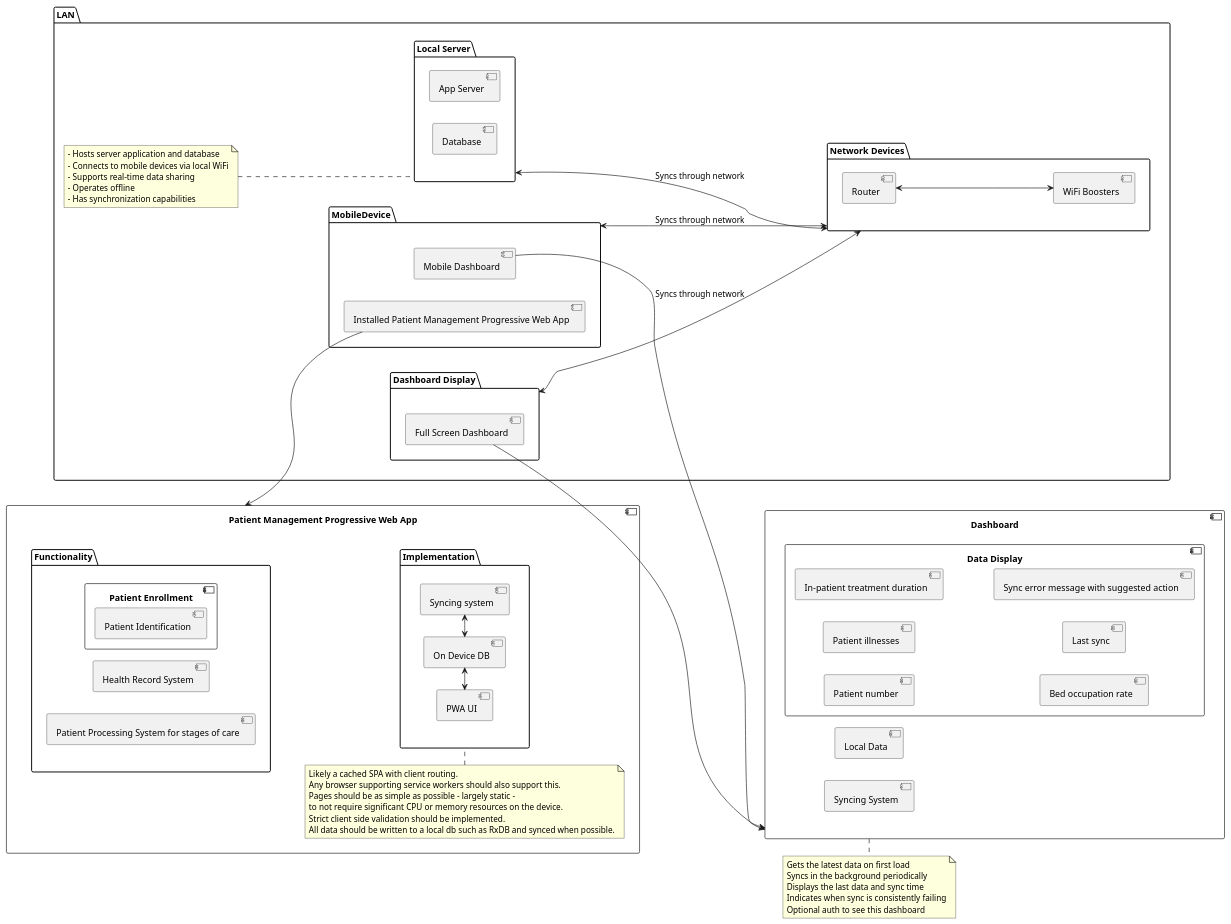
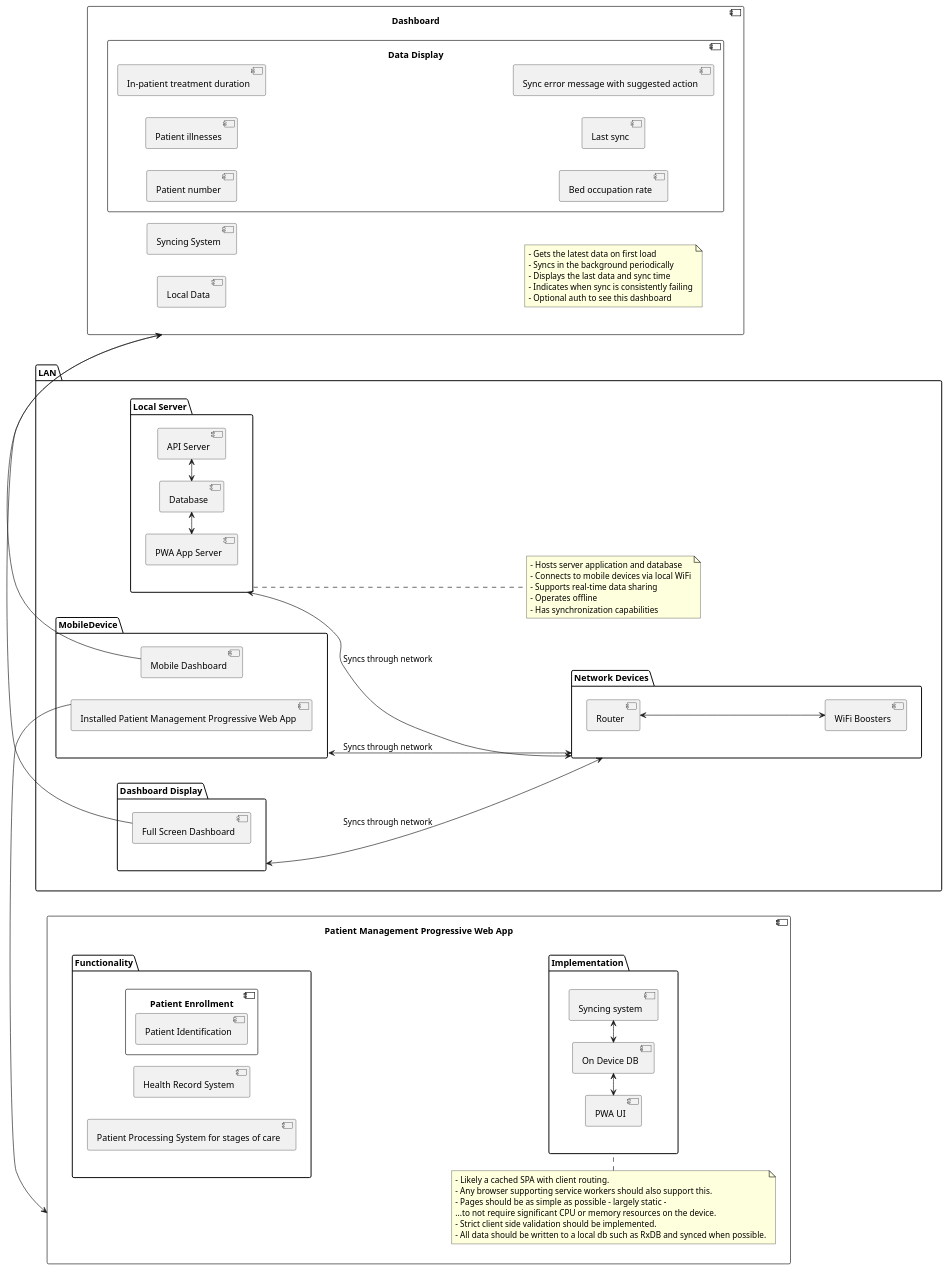
The diagram in puml/constraint-solutions.puml (jcbashdown/case-study), drawn with PlantUML before and after one commit. The commit also changed 1 other file, not shown here.

```diff
--- a/puml/constraint-solutions.puml
+++ b/puml/constraint-solutions.puml
@@ -1,100 +1,103 @@
 @startuml
 left to right direction
 skinparam componentStyle uml2
 skinparam packagestyle uml2 
 
 together {
   component Dashboard {
     component "Local Data"
     component "Syncing System"
     component "Data Display" {
       component "Patient number"
       component "Patient illnesses"
       component "In-patient treatment duration"
       component "Bed occupation rate"
       component "Last sync"
       component "Sync error message with suggested action"
     }
+  note as N
+    - Gets the latest data on first load
+    - Syncs in the background periodically
+    - Displays the last data and sync time
+    - Indicates when sync is consistently failing
+    - Optional auth to see this dashboard
+  end note
   }
-  note bottom of Dashboard 
-    Gets the latest data on first load
-    Syncs in the background periodically
-    Displays the last data and sync time
-    Indicates when sync is consistently failing
-    Optional auth to see this dashboard
-  end note
 }
 together {
   package LAN {
     package "Network Devices" as Network {
       component Router
       component "WiFi Boosters" as WiFiBoosters
     }
     package "Local Server" as LocalServer {
-      component "App Server"
-      component Database
+      component Database as DB
+      component "PWA App Server" as PWAServer
+      component "API Server" as API
     }
     package MobileDevice {
       component "Mobile Dashboard" as MobileDashboard {
       }
       component "Installed Patient Management Progressive Web App" as InstalledPWA {
       }
     }
     package "Dashboard Display" as DashboardDisplay {
       component "Full Screen Dashboard" as FSDashboard {
 
       }
     }
-    note left of LocalServer
+    note right of LocalServer
       - Hosts server application and database
       - Connects to mobile devices via local WiFi
       - Supports real-time data sharing
       - Operates offline
       - Has synchronization capabilities
     end note
   }
 
 }
 
 component "Patient Management Progressive Web App" as PWA {
   package Functionality {
     component "Patient Enrollment" {
       component "Patient Identification"
     }
     component "Health Record System"
     component "Patient Processing System for stages of care"
   }
   package Implementation {
     together {
       component "Syncing system" as SyncingSystem
       component "PWA UI" as UI
       component "On Device DB" as OnDeviceDB
     }
   }
   note top of Implementation 
-            Likely a cached SPA with client routing.
-            Any browser supporting service workers should also support this.
-            Pages should be as simple as possible - largely static - 
-            to not require significant CPU or memory resources on the device.
-            Strict client side validation should be implemented.
-            All data should be written to a local db such as RxDB and synced when possible.
+            - Likely a cached SPA with client routing.
+            - Any browser supporting service workers should also support this.
+            - Pages should be as simple as possible - largely static - 
+            ...to not require significant CPU or memory resources on the device.
+            - Strict client side validation should be implemented.
+            - All data should be written to a local db such as RxDB and synced when possible.
   end note
 }
 
 
 Router <--> WiFiBoosters
 LocalServer <--> Network: Syncs through network 
 MobileDevice <--> Network: Syncs through network 
 DashboardDisplay <--> Network: Syncs through network 
 
 Implementation -[hidden]up-> Functionality
 
-FSDashboard -down-> Dashboard
-MobileDashboard -down-> Dashboard
-InstalledPWA -up-> PWA
+FSDashboard -right-> Dashboard
+MobileDashboard -right-> Dashboard
+InstalledPWA -left-> PWA
 
 UI <-> OnDeviceDB 
 OnDeviceDB <-> SyncingSystem
 
+PWAServer <-right-> DB 
+API <-left-> DB 
 
 @enduml
```
